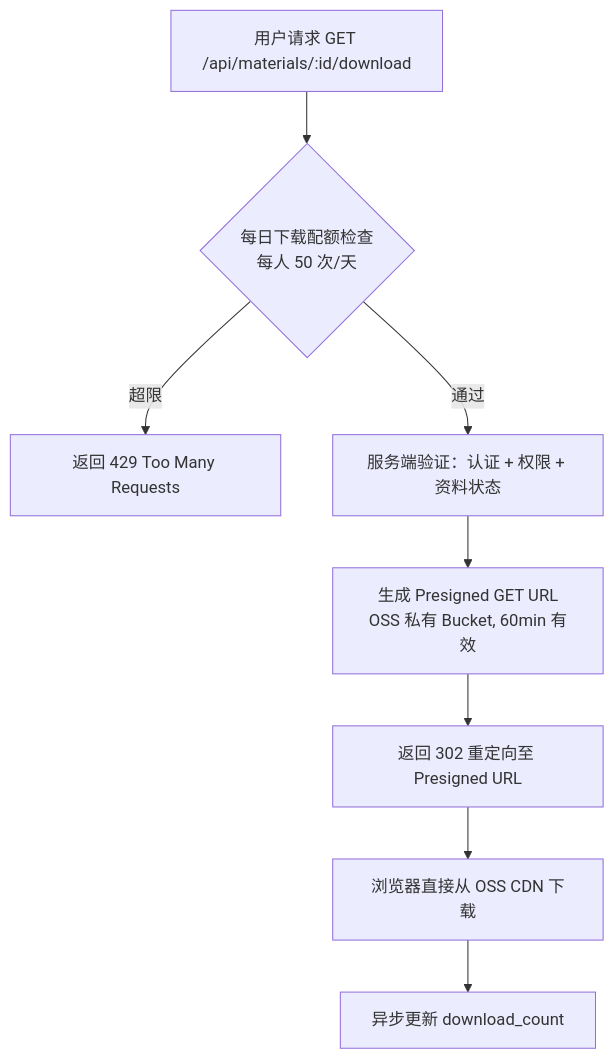
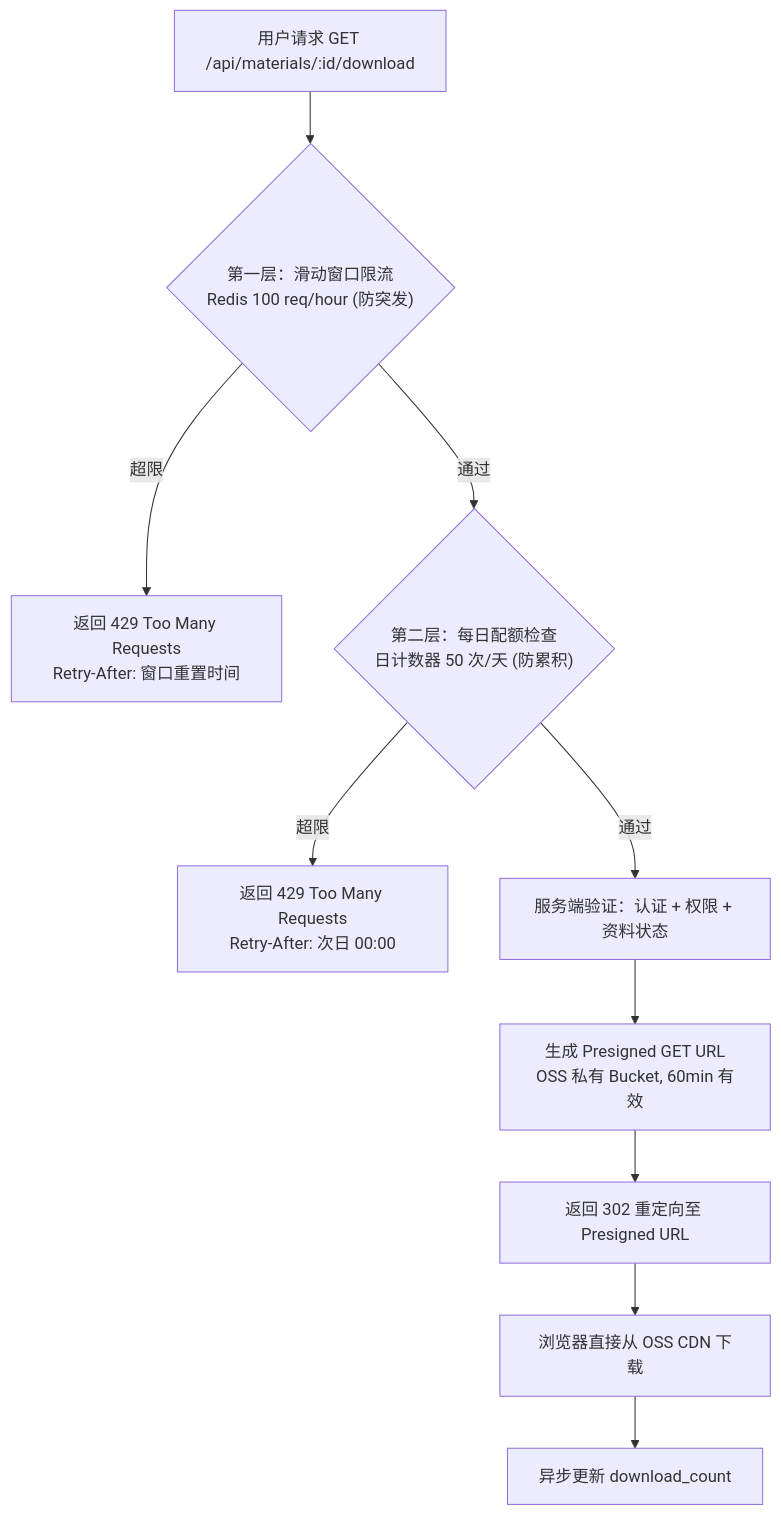
One commit to SCUStack/scustack changed the sixth of 11 diagrams in docs/ARCHITECTURE.md. Above: the diagram before and after it, drawn with Mermaid. The commit also changed other lines of this file and 1 other file, not shown here.

````diff
--- a/docs/ARCHITECTURE.md
+++ b/docs/ARCHITECTURE.md
@@ -868,10 +870,12 @@
 ```mermaid
 flowchart TD
-    A["用户请求 GET /api/materials/:id/download"] --> B{"每日下载配额检查<br/>每人 50 次/天"}
-    B -->|超限| B1["返回 429 Too Many Requests"]
-    B -->|通过| C["服务端验证：认证 + 权限 + 资料状态"]
+    A["用户请求 GET /api/materials/:id/download"] --> B1{"第一层：滑动窗口限流<br/>Redis 100 req/hour (防突发)"}
+    B1 -->|超限| B1a["返回 429 Too Many Requests<br/>Retry-After: 窗口重置时间"]
+    B1 -->|通过| B2{"第二层：每日配额检查<br/>日计数器 50 次/天 (防累积)"}
+    B2 -->|超限| B2a["返回 429 Too Many Requests<br/>Retry-After: 次日 00:00"]
+    B2 -->|通过| C["服务端验证：认证 + 权限 + 资料状态"]
     C --> D["生成 Presigned GET URL<br/>OSS 私有 Bucket, 60min 有效"]
     D --> E["返回 302 重定向至 Presigned URL"]
     E --> F["浏览器直接从 OSS CDN 下载"]
     F --> G["异步更新 download_count"]
 ```
````
